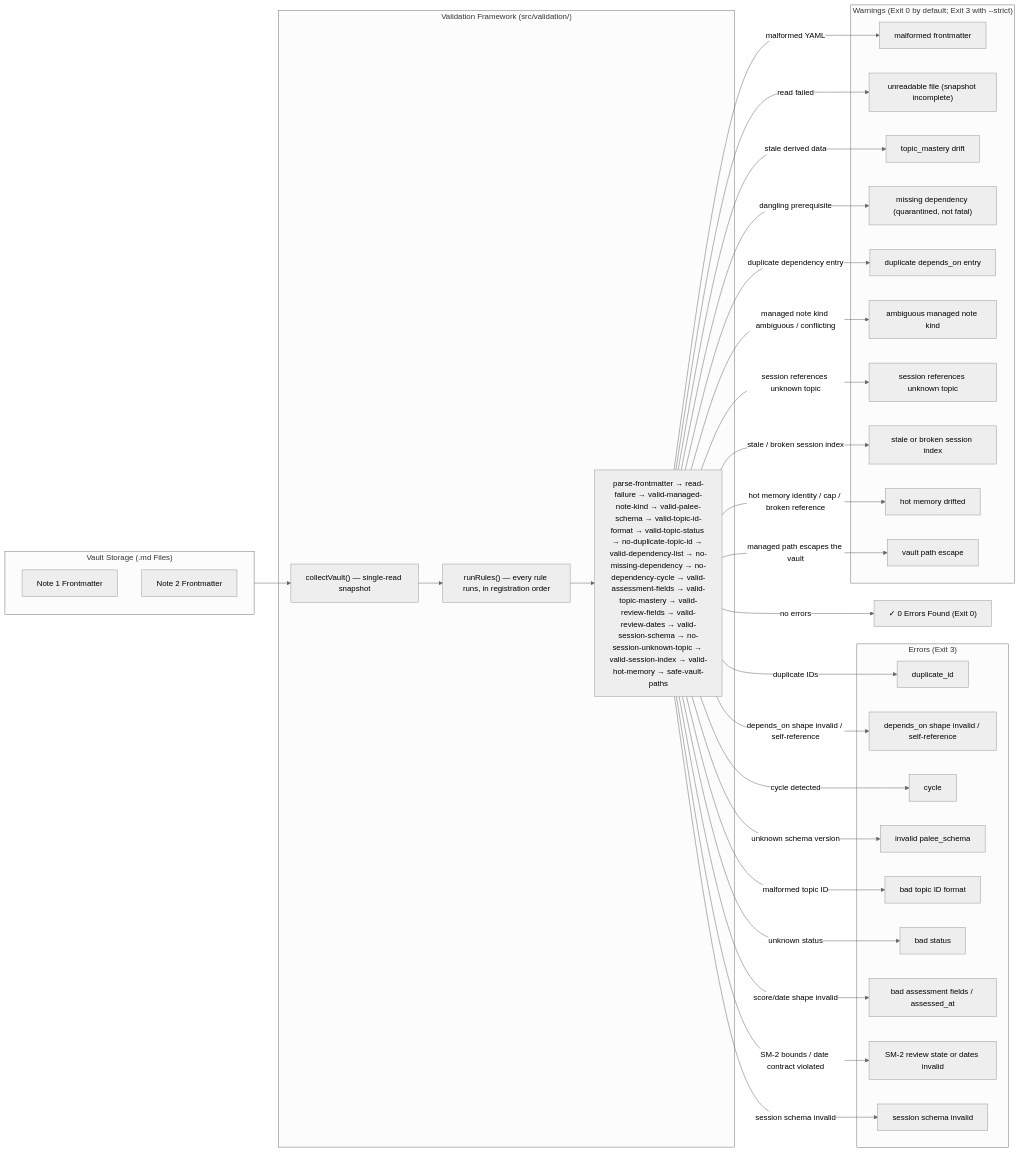
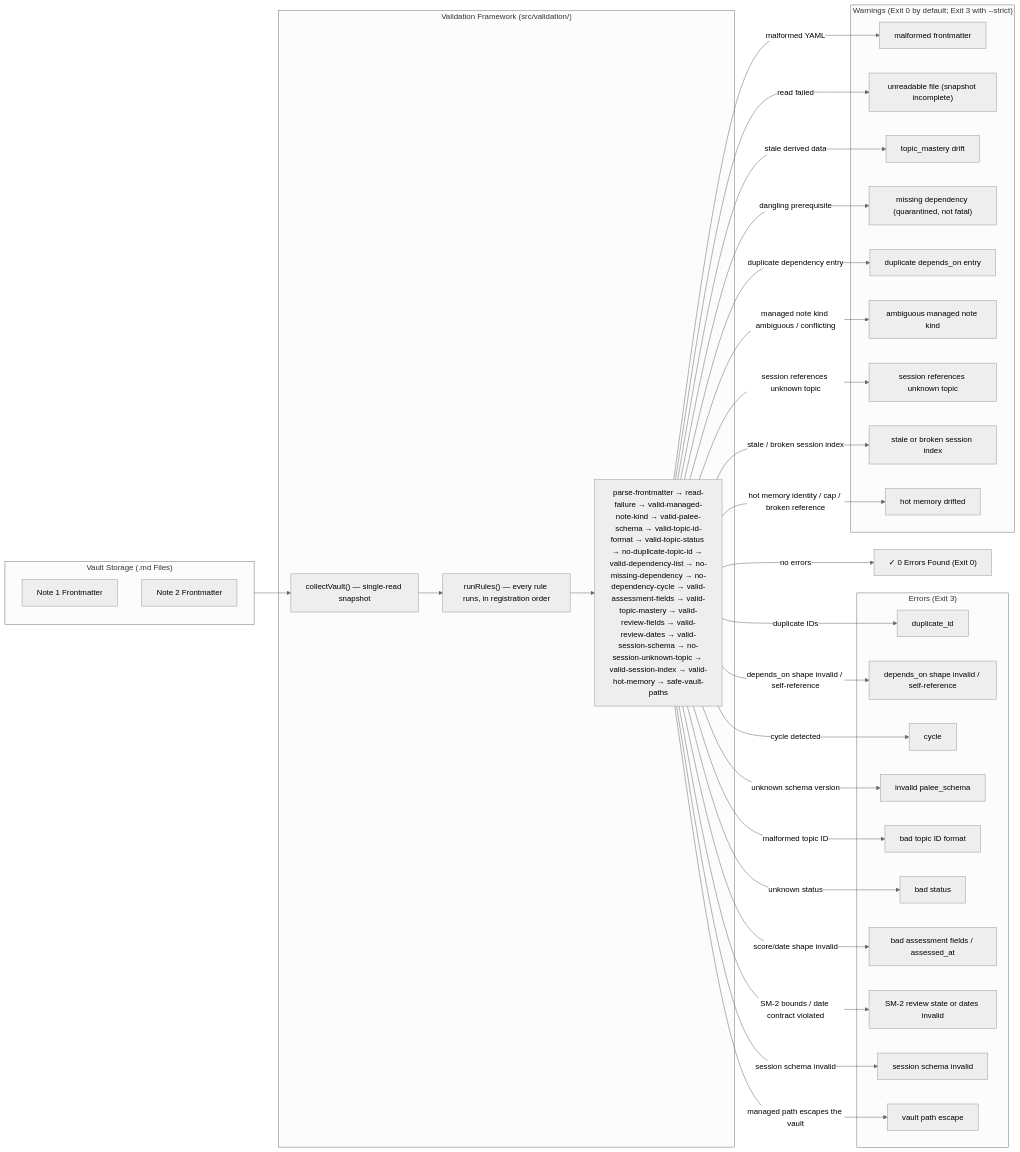
One commit to Kuldeep2822k/cli changed the second of 2 diagrams in docs/02-3-reporting-commands.md. Above: the diagram before and after it, drawn with Mermaid (neutral theme). The commit also changed other lines of this file and 3 other files, not shown here.

First line of the commit message:
fix(validate): trim active_topic refs, keep non-finite details in score findings, and correct the path-escape diagram node

````diff
--- a/docs/02-3-reporting-commands.md
+++ b/docs/02-3-reporting-commands.md
@@ -214,62 +214,62 @@
 ```mermaid
 flowchart LR
     subgraph Storage ["Vault Storage (.md Files)"]
         FM1["Note 1 Frontmatter"]
         FM2["Note 2 Frontmatter"]
     end
     
     subgraph Analyzer ["Validation Framework (src/validation/)"]
         Scan["collectVault() — single-read snapshot"]
         Runner["runRules() — every rule runs, in registration order"]
         Rules["parse-frontmatter → read-failure → valid-managed-note-kind → valid-palee-schema → valid-topic-id-format → valid-topic-status → no-duplicate-topic-id → valid-dependency-list → no-missing-dependency → no-dependency-cycle → valid-assessment-fields → valid-topic-mastery → valid-review-fields → valid-review-dates → valid-session-schema → no-session-unknown-topic → valid-session-index → valid-hot-memory → safe-vault-paths"]
     end
     
     subgraph Errors ["Errors (Exit 3)"]
         ErrDup["duplicate_id"]
         ErrDepShape["depends_on shape invalid / self-reference"]
         ErrCyc["cycle"]
         ErrSchema["invalid palee_schema"]
         ErrId["bad topic ID format"]
         ErrStatus["bad status"]
         ErrAssess["bad assessment fields / assessed_at"]
         ErrReview["SM-2 review state or dates invalid"]
         ErrSession["session schema invalid"]
+        ErrPaths["vault path escape"]
     end
 
     subgraph Warnings ["Warnings (Exit 0 by default; Exit 3 with --strict)"]
         WarnParse["malformed frontmatter"]
         WarnRead["unreadable file (snapshot incomplete)"]
         WarnMastery["topic_mastery drift"]
         WarnMiss["missing dependency (quarantined, not fatal)"]
         WarnDepDup["duplicate depends_on entry"]
         WarnKind["ambiguous managed note kind"]
         WarnSessionTopic["session references unknown topic"]
         WarnIndex["stale or broken session index"]
         WarnHot["hot memory drifted"]
-        ErrPaths["vault path escape"]
     end
     
     Storage --> Scan
     Scan --> Runner
     Runner --> Rules
     Rules -->|"duplicate IDs"| ErrDup
     Rules -->|"dangling prerequisite"| WarnMiss
     Rules -->|"depends_on shape invalid / self-reference"| ErrDepShape
     Rules -->|"cycle detected"| ErrCyc
     Rules -->|"unknown schema version"| ErrSchema
     Rules -->|"malformed topic ID"| ErrId
     Rules -->|"unknown status"| ErrStatus
     Rules -->|"score/date shape invalid"| ErrAssess
     Rules -->|"SM-2 bounds / date contract violated"| ErrReview
     Rules -->|"duplicate dependency entry"| WarnDepDup
     Rules -->|"managed note kind ambiguous / conflicting"| WarnKind
     Rules -->|"session schema invalid"| ErrSession
     Rules -->|"session references unknown topic"| WarnSessionTopic
     Rules -->|"stale / broken session index"| WarnIndex
     Rules -->|"hot memory identity / cap / broken reference"| WarnHot
     Rules -->|"managed path escapes the vault"| ErrPaths
     Rules -->|"malformed YAML"| WarnParse
     Rules -->|"read failed"| WarnRead
     Rules -->|"stale derived data"| WarnMastery
     Rules -->|"no errors"| Success["✓ 0 Errors Found (Exit 0)"]
 ```
````
